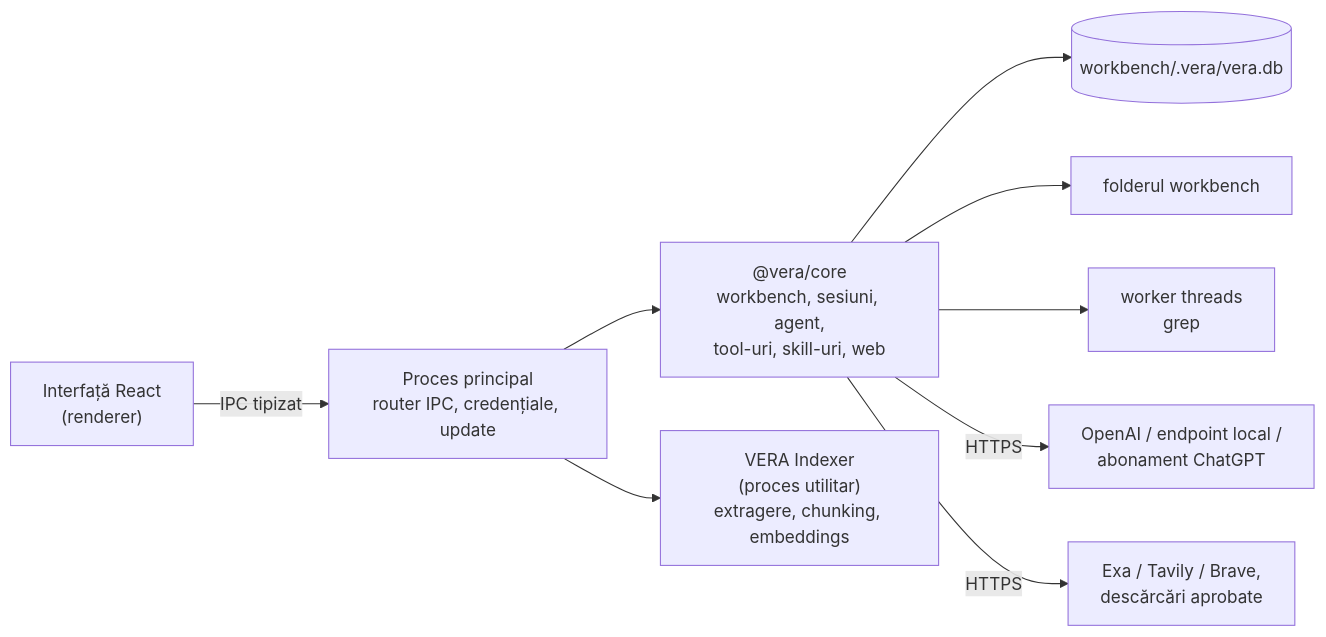
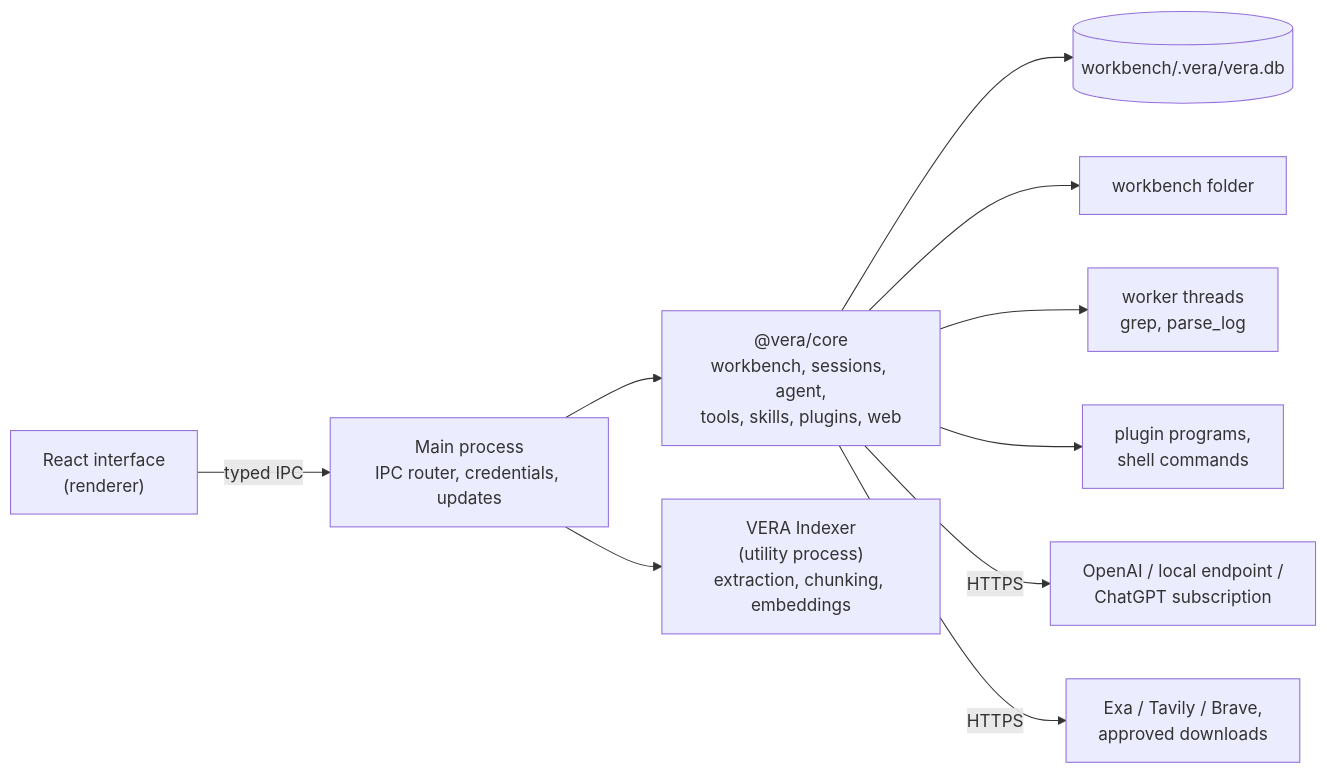
The diagram in 00_Planning/00-overview.md (DDP-Engineering/2026_Virtual_Embedded_Rig_Assistant), drawn with Mermaid before and after one commit. The commit also changed other lines of this file and 132 other files, not shown here.

````diff
--- a/00_Planning/00-overview.md
+++ b/00_Planning/00-overview.md
@@ -87,11 +103,12 @@
 ```mermaid
 flowchart LR
-  UI["Interfață React<br/>(renderer)"] -- "IPC tipizat" --> MAIN["Proces principal<br/>router IPC, credențiale, update"]
-  MAIN --> CORE["@vera/core<br/>workbench, sesiuni, agent,<br/>tool-uri, skill-uri, web"]
-  MAIN --> IDX["VERA Indexer<br/>(proces utilitar)<br/>extragere, chunking, embeddings"]
+  UI["React interface<br/>(renderer)"] -- "typed IPC" --> MAIN["Main process<br/>IPC router, credentials, updates"]
+  MAIN --> CORE["@vera/core<br/>workbench, sessions, agent,<br/>tools, skills, plugins, web"]
+  MAIN --> IDX["VERA Indexer<br/>(utility process)<br/>extraction, chunking, embeddings"]
   CORE --> DB[("workbench/.vera/vera.db")]
-  CORE --> FS["folderul workbench"]
-  CORE --> W["worker threads<br/>grep"]
-  CORE -- HTTPS --> LLM["OpenAI / endpoint local /<br/>abonament ChatGPT"]
-  CORE -- HTTPS --> WEB["Exa / Tavily / Brave,<br/>descărcări aprobate"]
+  CORE --> FS["workbench folder"]
+  CORE --> W["worker threads<br/>grep, parse_log"]
+  CORE --> PRG["plugin programs,<br/>shell commands"]
+  CORE -- HTTPS --> LLM["OpenAI / local endpoint /<br/>ChatGPT subscription"]
+  CORE -- HTTPS --> WEB["Exa / Tavily / Brave,<br/>approved downloads"]
 ```
````
